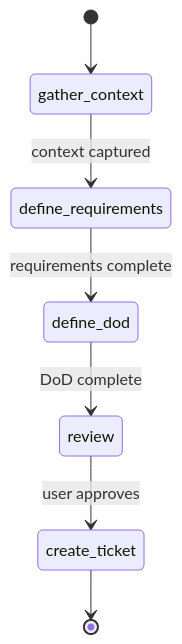
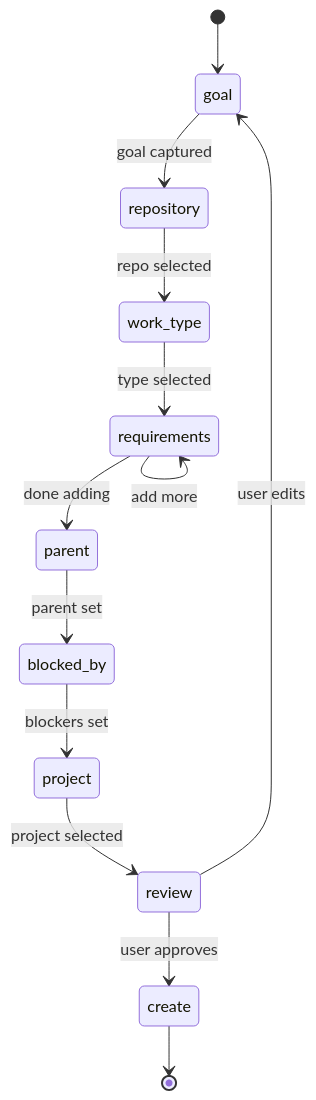
One commit to OmniNode-ai/omniclaude changed the diagram in plugins/onex/skills/plan-ticket/SKILL.md. Above: the diagram before and after it, drawn with Mermaid. The commit also changed other lines of this file and 1 other file, not shown here.

First line of the commit message:
fix(OMN-1835): Address code review issues in plan-ticket skill

````diff
--- a/plugins/onex/skills/plan-ticket/SKILL.md
+++ b/plugins/onex/skills/plan-ticket/SKILL.md
@@ -46,9 +46,15 @@
 ```mermaid
 stateDiagram-v2
-    [*] --> gather_context
-    gather_context --> define_requirements : context captured
-    define_requirements --> define_dod : requirements complete
-    define_dod --> review : DoD complete
-    review --> create_ticket : user approves
-    create_ticket --> [*]
+    [*] --> goal
+    goal --> repository : goal captured
+    repository --> work_type : repo selected
+    work_type --> requirements : type selected
+    requirements --> requirements : add more
+    requirements --> parent : done adding
+    parent --> blocked_by : parent set
+    blocked_by --> project : blockers set
+    project --> review : project selected
+    review --> create : user approves
+    review --> goal : user edits
+    create --> [*]
 ```
````
